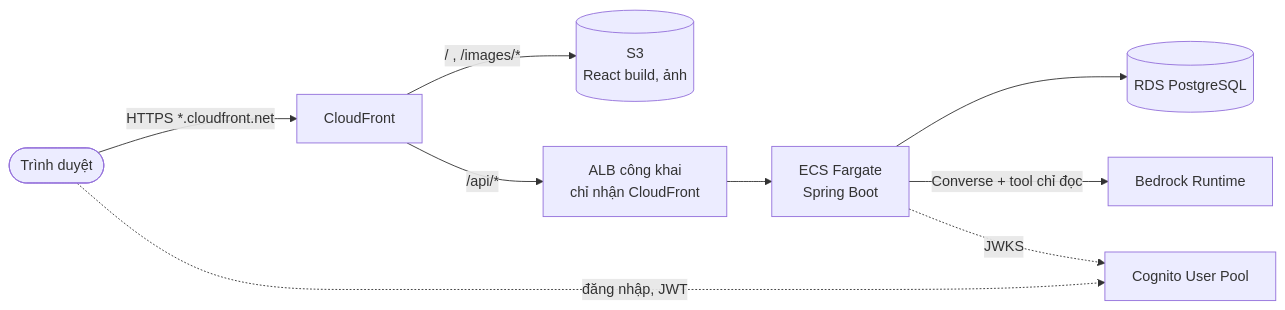
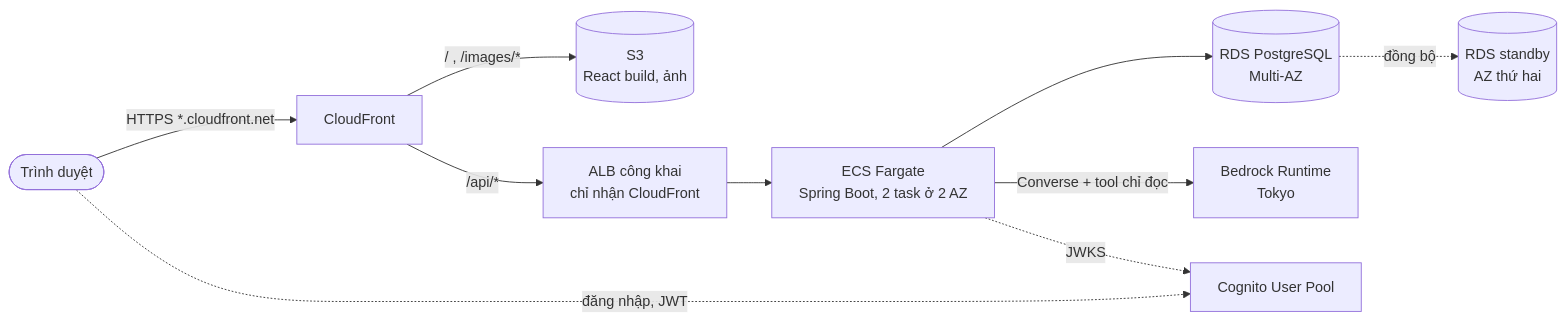
The diagram in README.md (trungnguyen-VNTN/nutrition-ecommerce), drawn with Mermaid before and after one commit. The commit also changed other lines of this file and 2 other files, not shown here.

Commit message:
Docs: editable draw.io architecture and Multi-AZ text diagrams
Add aws-architecture.drawio, built with draw.io's official AWS 2023 shapes
and matching the PNG (two AZs, ECS in both, RDS primary and standby, the
same 16 numbered flows). README and architecture.md link it, and their
text diagrams now show Multi-AZ RDS and two tasks.

````diff
--- a/README.md
+++ b/README.md
@@ -81,11 +83,12 @@
 ```mermaid
 flowchart LR
   user([Trình duyệt]) -->|HTTPS *.cloudfront.net| cf[CloudFront]
   cf -->|/ , /images/*| s3[(S3<br/>React build, ảnh)]
   cf -->|/api/*| alb[ALB công khai<br/>chỉ nhận CloudFront]
-  alb --> ecs[ECS Fargate<br/>Spring Boot]
-  ecs --> rds[(RDS PostgreSQL)]
-  ecs -->|Converse + tool chỉ đọc| bedrock[Bedrock Runtime]
+  alb --> ecs[ECS Fargate<br/>Spring Boot, 2 task ở 2 AZ]
+  ecs --> rds[(RDS PostgreSQL<br/>Multi-AZ)]
+  rds -.->|đồng bộ| standby[(RDS standby<br/>AZ thứ hai)]
+  ecs -->|Converse + tool chỉ đọc| bedrock[Bedrock Runtime<br/>Tokyo]
   ecs -.->|JWKS| cognito[Cognito User Pool]
   user -.->|đăng nhập, JWT| cognito
 ```
````
